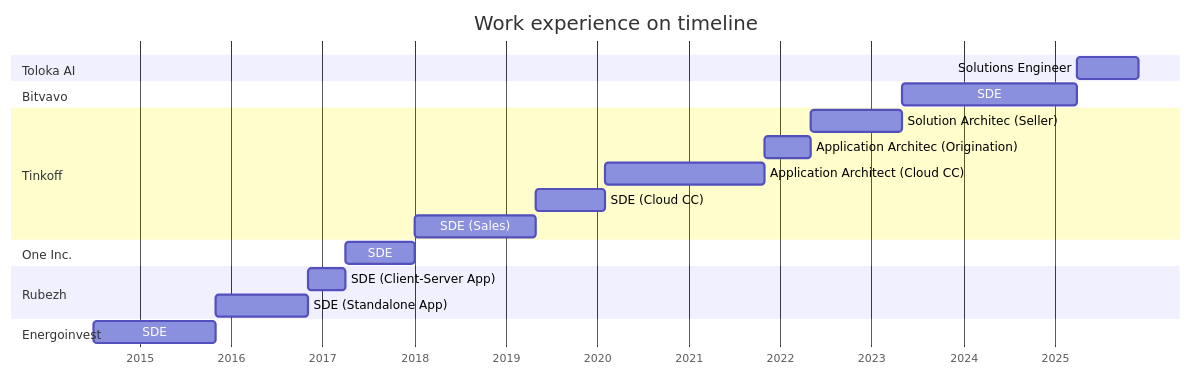
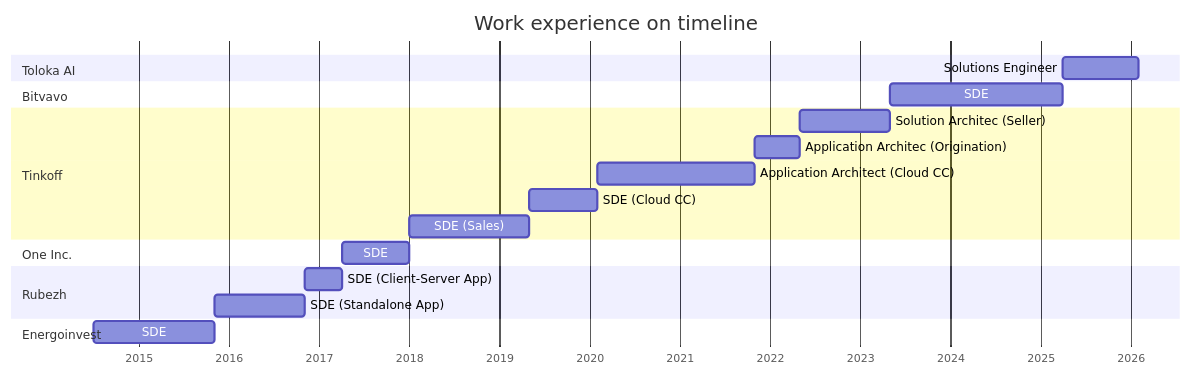
The diagram in cv.md (vladar107/vladar107), drawn with Mermaid before and after one commit.

Commit message:
Update Solutions Engineer end date to February 2026

````diff
--- a/cv.md
+++ b/cv.md
@@ -26,30 +26,30 @@
 ```mermaid
 gantt
     title Work experience on timeline
     dateFormat  YYYY-MM
     axisFormat  %Y
     todayMarker stroke-width:5px, opacity:0.75
 
     section Toloka AI
-    Solutions Engineer                  :se1, after sd7, 2025-12
+    Solutions Engineer                  :se1, after sd7, 2026-02
 
     section Bitvavo
     SDE                                 :sd7, after tl3, 2025-04
 
     section Tinkoff
     Solution Architec (Seller)          :tl3, after tl2, 2023-05
     Application Architec (Origination)  :tl2, after tl1, 2022-05
     Application Architect (Cloud CC)    :tl1, after sd6, 2021-11
     SDE (Cloud CC)                      :sd6, after sd5, 2020-02
     SDE (Sales)                         :sd5, after sd4, 2019-05
 
     section One Inc.
     SDE                                 :sd4, after sd3, 2018-01
 
     section Rubezh
     SDE (Client-Server App)             :sd3, after sd2, 2017-04
     SDE (Standalone App)                :sd2, after sd1, 2016-11
 
     section Energoinvest
     SDE                                 :sd1, 2014-07, 2015-11
 ```
````
